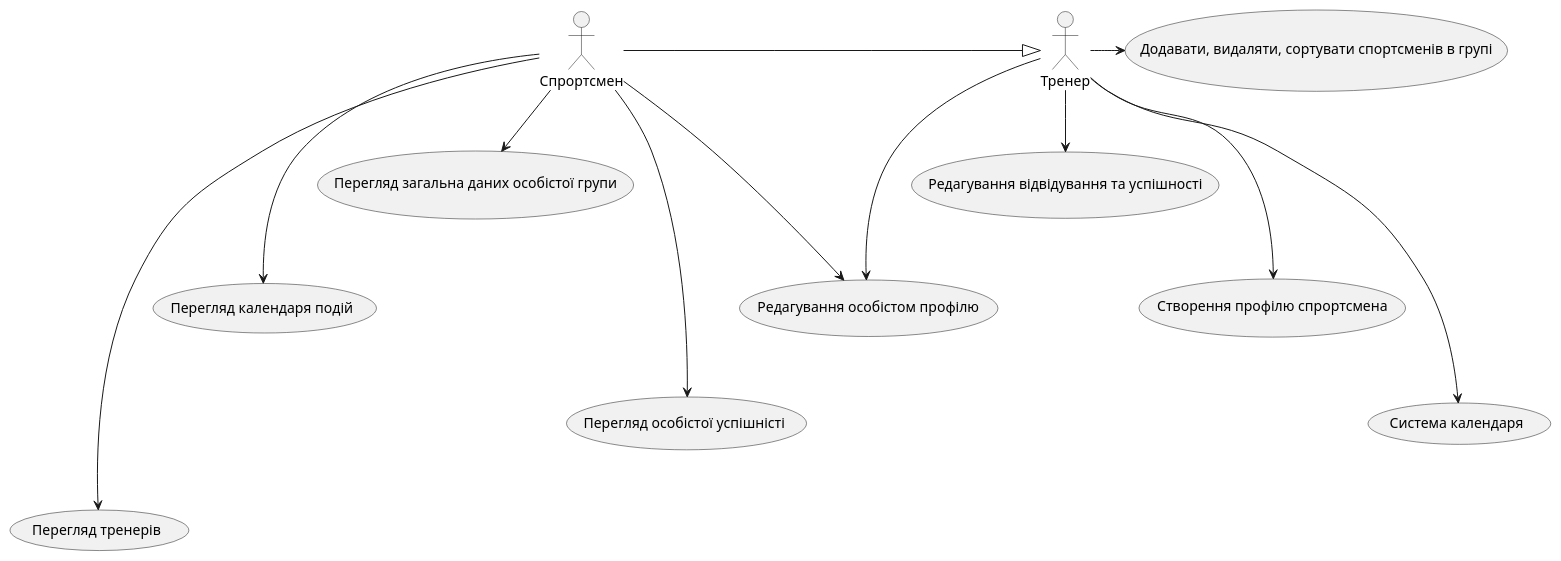
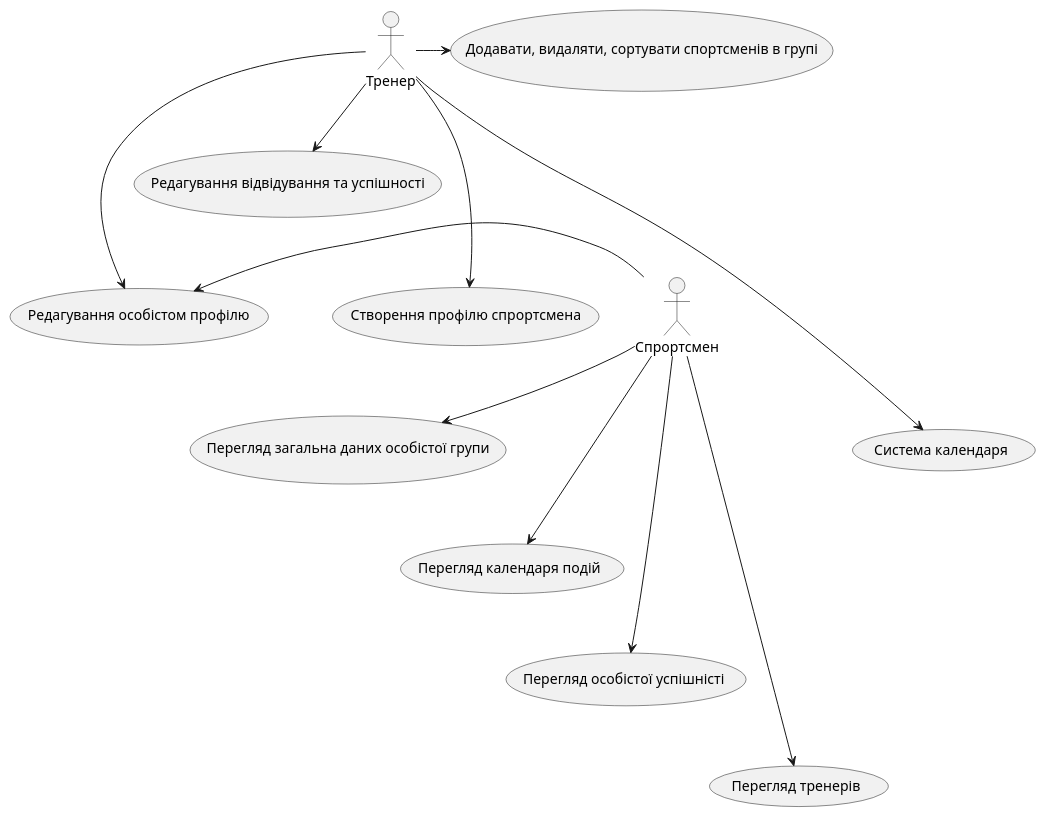
One commit to Loboz1666/database_basics_template changed the diagram in src/uml/index.puml. Above: the diagram before and after it, drawn with PlantUML.

```diff
--- a/src/uml/index.puml
+++ b/src/uml/index.puml
@@ -1,29 +1,28 @@
 @startuml
     actor Тренер
     actor Спрортсмен
 
     usecase "Додавати, видаляти, сортувати спортсменів в групі" as TUC1
     usecase "Редагування відвідування та успішності" as TUC2
     usecase "Створення профілю спрортсмена" as TUC3
     usecase "Система календаря" as TUC4
 
     usecase "Редагування особістом профілю" as SUC1
     usecase "Перегляд загальна даних особістої групи" as SUC2
     usecase "Перегляд календаря подій" as SUC3
     usecase "Перегляд особістої успішністі" as SUC4
     usecase "Перегляд тренерів" as SUC5
 
-    Спрортсмен -|> Тренер
     Тренер ---> SUC1
     Тренер -> TUC1
     Тренер --> TUC2
     Тренер ---> TUC3
     Тренер ----> TUC4
     
     Спрортсмен -> SUC1
     Спрортсмен --> SUC2
     Спрортсмен ---> SUC3
     Спрортсмен ----> SUC4
     Спрортсмен -----> SUC5
 
 @enduml
```
